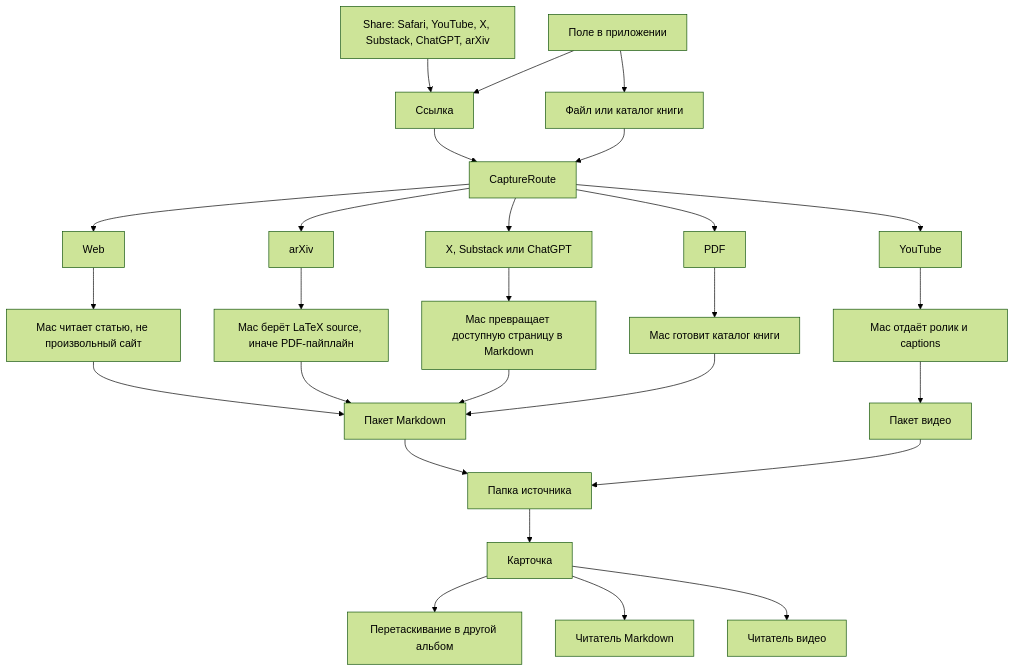
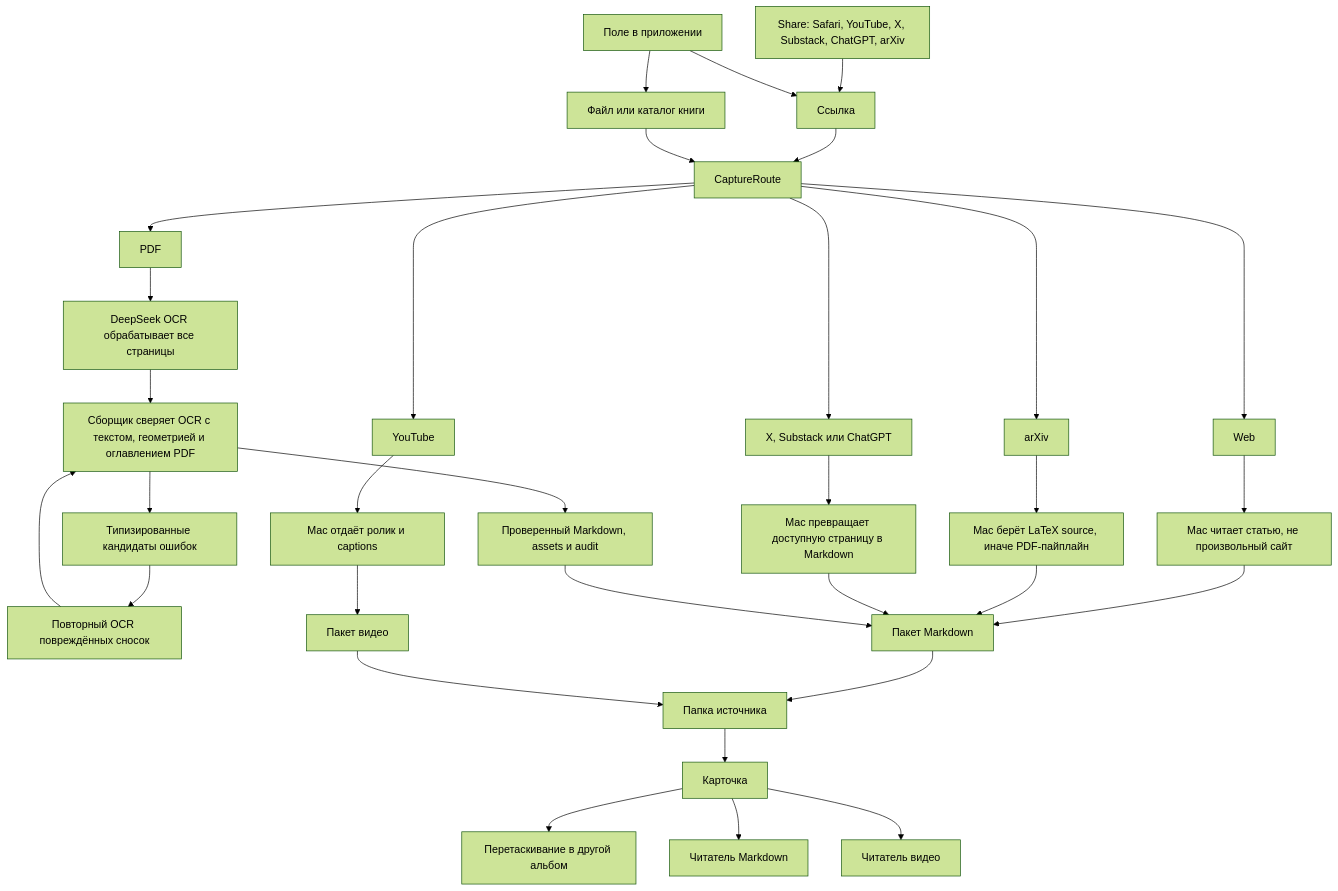
Before and after one commit to vladkalinichencko/fnmn-app: the eighth of 9 diagrams in APP_SPEC.md, drawn with Mermaid (forest theme). The commit also changed 7 other files, not shown here.

````diff
--- a/APP_SPEC.md
+++ b/APP_SPEC.md
@@ -206,29 +206,34 @@
 ```mermaid
 flowchart TD
     Share[Share: Safari, YouTube, X, Substack, ChatGPT, arXiv] --> Link[Ссылка]
     Add[Поле в приложении] --> Link
     Add --> File[Файл или каталог книги]
     Link --> Route[CaptureRoute]
     File --> Route
     Route --> Web[Web]
     Route --> Arxiv[arXiv]
     Route --> Tube[YouTube]
     Route --> Social[X, Substack или ChatGPT]
     Route --> Pdf[PDF]
     Web --> ArticleMac[Mac читает статью, не произвольный сайт]
     Arxiv --> ArxivMac[Mac берёт LaTeX source, иначе PDF-пайплайн]
     Social --> TextMac[Mac превращает доступную страницу в Markdown]
-    Pdf --> PdfMac[Mac готовит каталог книги]
+    Pdf --> PageOCR[DeepSeek OCR обрабатывает все страницы]
+    PageOCR --> Assemble[Сборщик сверяет OCR с текстом, геометрией и оглавлением PDF]
+    Assemble --> Candidates[Типизированные кандидаты ошибок]
+    Candidates --> FootnoteOCR[Повторный OCR повреждённых сносок]
+    FootnoteOCR --> Assemble
+    Assemble --> PdfMac[Проверенный Markdown, assets и audit]
     Tube --> VideoMac[Mac отдаёт ролик и captions]
     ArticleMac --> Markdown[Пакет Markdown]
     ArxivMac --> Markdown
     TextMac --> Markdown
     PdfMac --> Markdown
     VideoMac --> VideoPack[Пакет видео]
     Markdown --> Album[Папка источника]
     VideoPack --> Album
     Album --> Card[Карточка]
     Card --> OtherAlbum[Перетаскивание в другой альбом]
     Card --> MarkdownReader[Читатель Markdown]
     Card --> VideoReader[Читатель видео]
 ```
````
